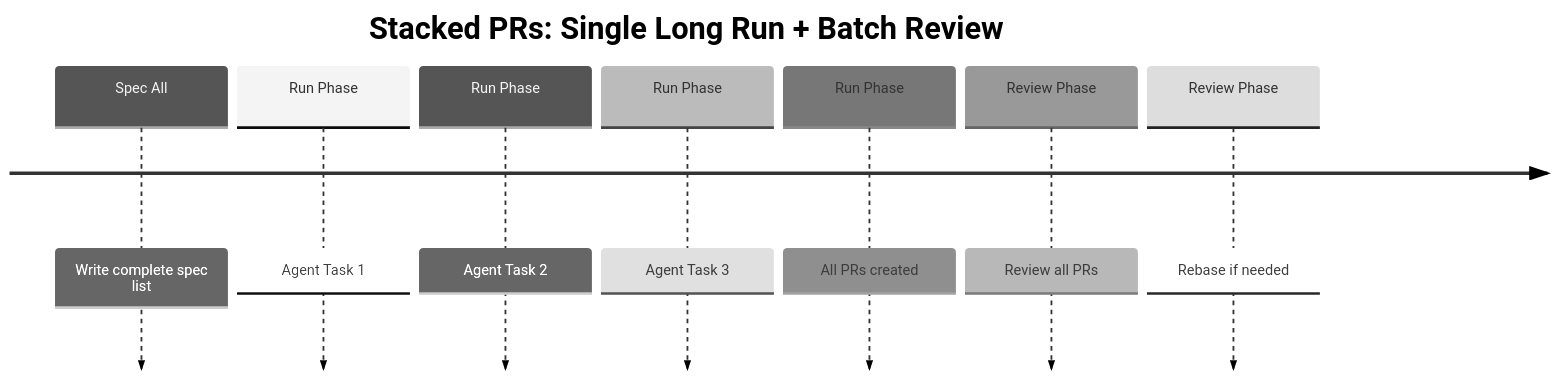
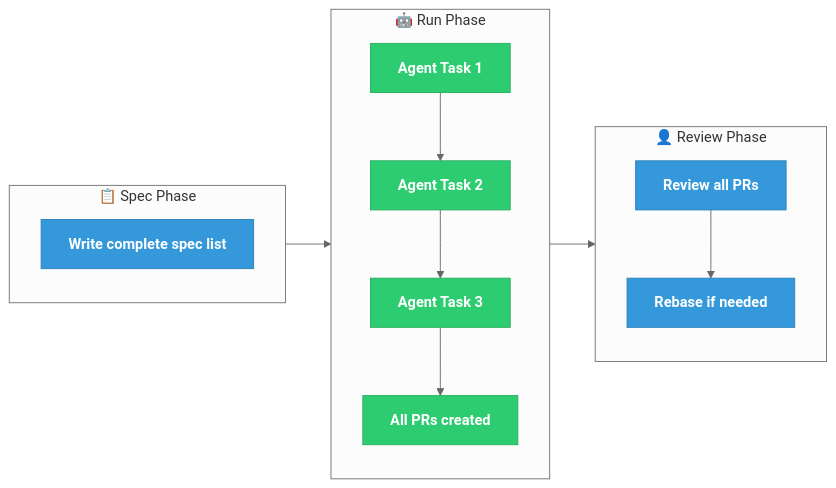
Before and after one commit to gpsaggese/gpsaggese.github.io: the third of 3 diagrams in website/docs/blog/posts/draft.how_to.Stacked_PRs_for_agentic_developent.md, drawn with Mermaid (neutral theme). The commit also changed other lines of this file and 24 other files, not shown here.

````diff
--- a/website/docs/blog/posts/draft.how_to.Stacked_PRs_for_agentic_developent.md
+++ b/website/docs/blog/posts/draft.how_to.Stacked_PRs_for_agentic_developent.md
@@ -129,11 +149,25 @@
 ```mermaid
-timeline
-  title Stacked PRs: Single Long Run + Batch Review
-  Spec All : Write complete spec list
-  Run Phase : Agent Task 1
-  Run Phase : Agent Task 2
-  Run Phase : Agent Task 3
-  Run Phase : All PRs created
-  Review Phase: Review all PRs
-  Review Phase: Rebase if needed
+graph LR
+    classDef execute fill:#2ecc71,stroke:#27ae60,color:#fff,font-weight:bold
+    classDef review fill:#3498db,stroke:#2980b9,color:#fff,font-weight:bold
+    
+    subgraph spec["📋 Spec Phase"]
+        S["Write complete spec list"]:::review
+    end
+    
+    subgraph run["🤖 Run Phase"]
+        R1["Agent Task 1"]:::execute
+        R2["Agent Task 2"]:::execute
+        R3["Agent Task 3"]:::execute
+        R4["All PRs created"]:::execute
+        R1 --> R2 --> R3 --> R4
+    end
+    
+    subgraph review["👤 Review Phase"]
+        V1["Review all PRs"]:::review
+        V2["Rebase if needed"]:::review
+        V1 --> V2
+    end
+    
+    spec --> run --> review
 ```
````
